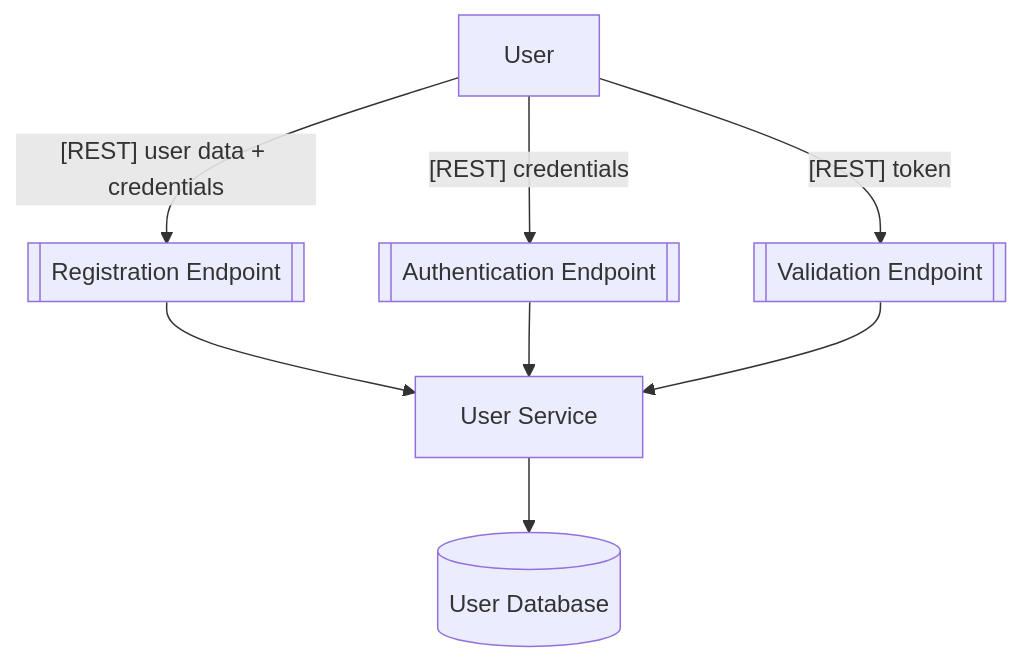
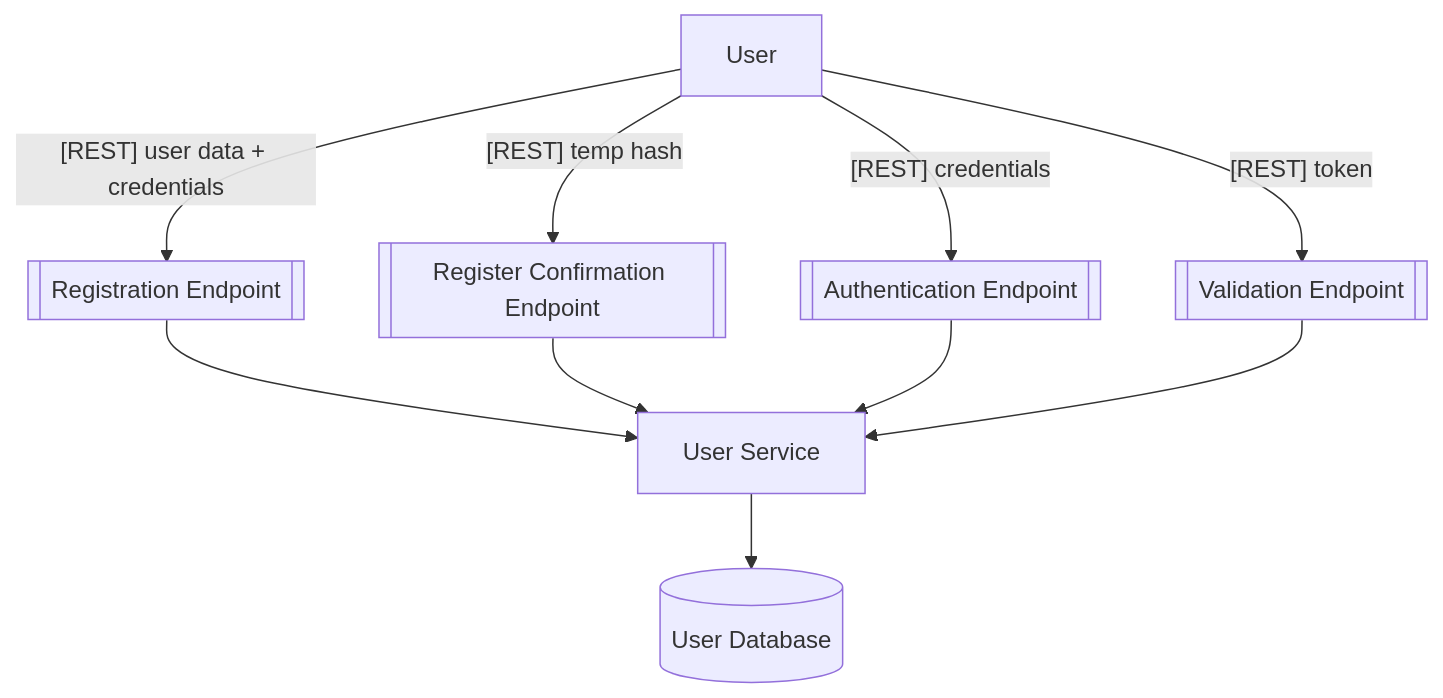
One commit to thaua/user-service changed the diagram in README.md. Above: the diagram before and after it, drawn with Mermaid.

Commit message:
Update diagram.

````diff
--- a/README.md
+++ b/README.md
@@ -36,21 +36,24 @@
 ```mermaid
 flowchart TD
     USER[User]
     AUTH_ENDPOINT[["Authentication Endpoint"]]
     SIGNUP_ENDPOINT[["Registration Endpoint"]]
+    SIGNUP_CONFIRM_ENDPOINT[["Register Confirmation Endpoint"]]
     VALIDATE_ENDPOINT[["Validation Endpoint"]]
 
     SERVICE[User Service]
     DB[(User Database)]
 
 
     USER -->|"[REST] user data + credentials"| SIGNUP_ENDPOINT
+    USER -->|"[REST] temp hash"| SIGNUP_CONFIRM_ENDPOINT
     USER -->|"[REST] credentials"| AUTH_ENDPOINT
     USER -->|"[REST] token"| VALIDATE_ENDPOINT
 
     SIGNUP_ENDPOINT --> SERVICE
+    SIGNUP_CONFIRM_ENDPOINT --> SERVICE
     AUTH_ENDPOINT --> SERVICE
     VALIDATE_ENDPOINT --> SERVICE
 
     SERVICE --> DB
 ```
````
